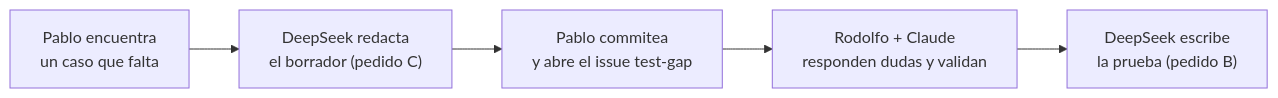
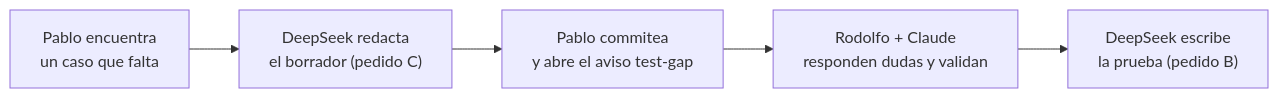
One commit to Trazalog/traz-tools changed the third of 3 diagrams in doc/metodologia/GUIA_REQUERIMIENTOS_CLAUDE_DEEPSEEK.md. Above: the diagram before and after it, drawn with Mermaid. The commit also changed other lines of this file, not shown here.

First line of the commit message:
docs(metodologia): guia v1.4 en dos partes, ayuda memoria diaria y detalle; Pablo despliega y verifica [DOCTEST-MODOS]

````diff
--- a/doc/metodologia/GUIA_REQUERIMIENTOS_CLAUDE_DEEPSEEK.md
+++ b/doc/metodologia/GUIA_REQUERIMIENTOS_CLAUDE_DEEPSEEK.md
@@ -294,7 +357,7 @@
 ```mermaid
 flowchart LR
   P["Pablo encuentra<br/>un caso que falta"] --> C["DeepSeek redacta<br/>el borrador (pedido C)"]
-  C --> I["Pablo commitea<br/>y abre el issue test-gap"]
+  C --> I["Pablo commitea<br/>y abre el aviso test-gap"]
   I --> R["Rodolfo + Claude<br/>responden dudas y validan"]
   R --> B["DeepSeek escribe<br/>la prueba (pedido B)"]
 ```
````
